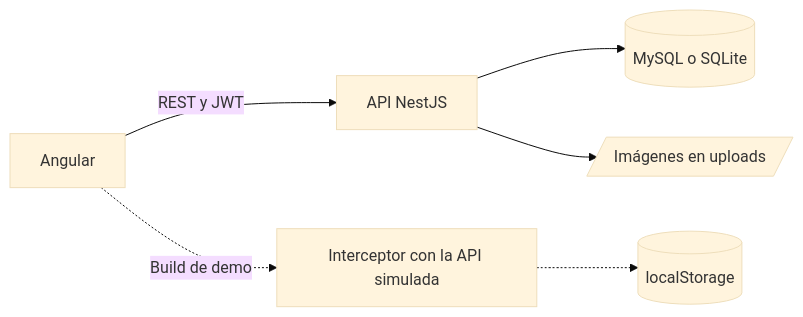
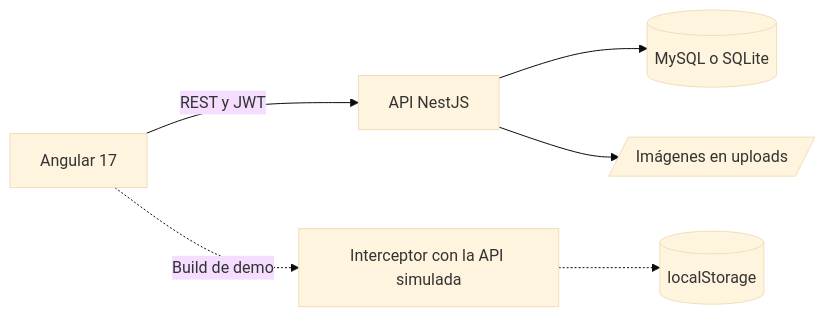
Before and after one commit to vanerb/recipeapp-nest-angular: the first of 2 diagrams in README.md, drawn with Mermaid (base theme). The commit also changed other lines of this file, not shown here.

````diff
--- a/README.md
+++ b/README.md
@@ -89,8 +58,8 @@
 ```mermaid
 flowchart LR
-    A[Angular] -->|REST y JWT| B[API NestJS]
+    A[Angular 17] -->|REST y JWT| B[API NestJS]
     B --> C[(MySQL o SQLite)]
     B --> D[/Imágenes en uploads/]
     A -.->|Build de demo| E[Interceptor con la API simulada]
     E -.-> F[(localStorage)]
 ```
````
